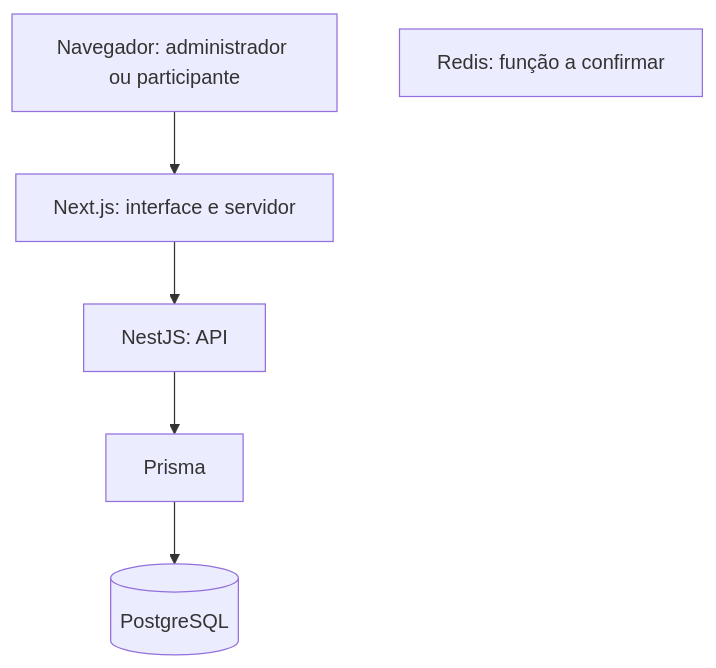
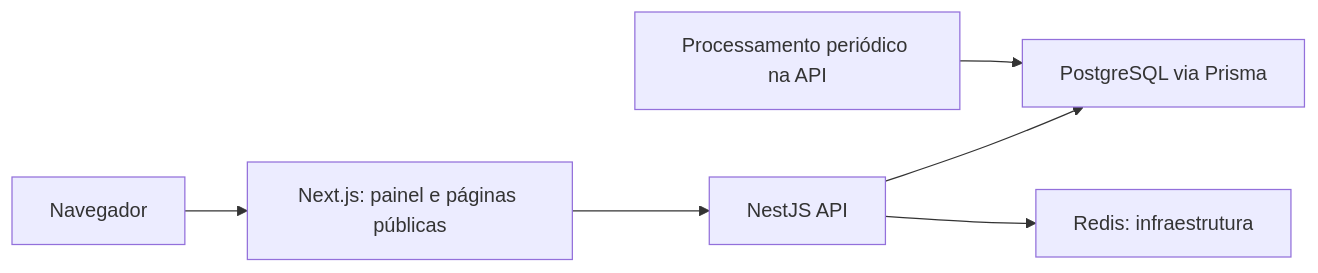
Before and after one commit to eletrobase3d-prog/e3d-campaigns-public: the diagram in docs/architecture.md, drawn with Mermaid. The commit also changed other lines of this file and 14 other files, not shown here.

````diff
--- a/docs/architecture.md
+++ b/docs/architecture.md
@@ -5,8 +3,8 @@
 ```mermaid
-flowchart TD
-  U[Navegador: administrador ou participante] --> W[Next.js: interface e servidor]
-  W --> A[NestJS: API]
-  A --> P[Prisma]
-  P --> DB[(PostgreSQL)]
-  R[Redis: função a confirmar]
+flowchart LR
+  B[Navegador] --> W[Next.js: painel e páginas públicas]
+  W --> A[NestJS API]
+  A --> P[PostgreSQL via Prisma]
+  A --> R[Redis: infraestrutura]
+  S[Processamento periódico na API] --> P
 ```
````
